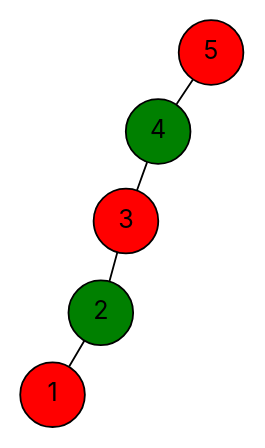
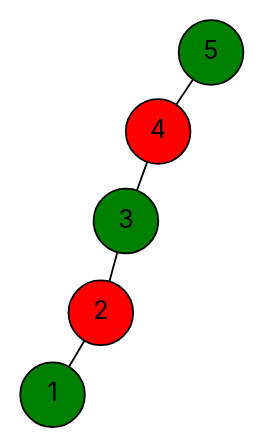
Before and after one commit to vercah/vertex-coloring: the diagram in data/final-dots/easy-01-parallel.dot, drawn with Graphviz. The commit also changed 113 other files, not shown here.

```diff
--- a/data/final-dots/easy-01-parallel.dot
+++ b/data/final-dots/easy-01-parallel.dot
@@ -1,15 +1,15 @@
 graph G {
   layout=neato;
   overlap=false;
   splines=true;
   node [shape=circle, style=filled, fontname=Inter];
-  1 [label="1", fillcolor="red", tooltip="v1 color 0"];
-  2 [label="2", fillcolor="green", tooltip="v2 color 1"];
-  3 [label="3", fillcolor="red", tooltip="v3 color 0"];
-  4 [label="4", fillcolor="green", tooltip="v4 color 1"];
-  5 [label="5", fillcolor="red", tooltip="v5 color 0"];
+  1 [label="1", fillcolor="green", tooltip="v1 color 1"];
+  2 [label="2", fillcolor="red", tooltip="v2 color 0"];
+  3 [label="3", fillcolor="green", tooltip="v3 color 1"];
+  4 [label="4", fillcolor="red", tooltip="v4 color 0"];
+  5 [label="5", fillcolor="green", tooltip="v5 color 1"];
   1 -- 2;
   2 -- 3;
   3 -- 4;
   4 -- 5;
 }
```
